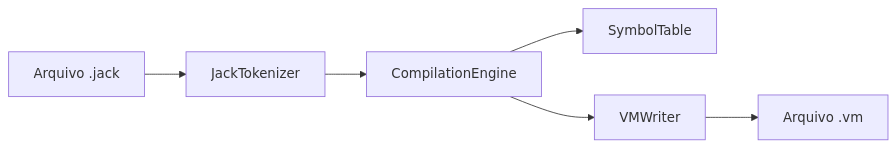
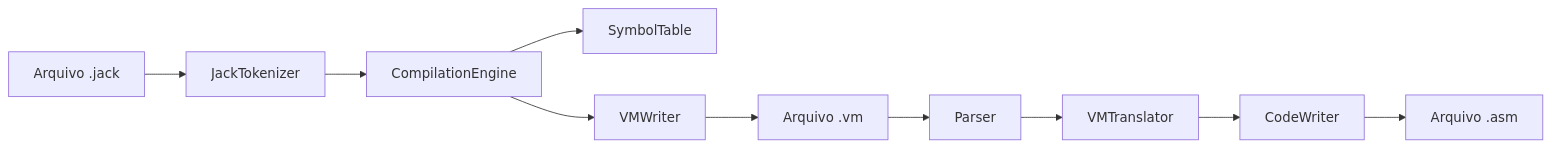
The first of 2 diagrams in README.md (Joao-Ewerton/jack-compiler), drawn with Mermaid before and after one commit. The commit also changed other lines of this file, not shown here.

Commit message:
docs: integra VM Translator ao diagrama da arquitetura geral

````diff
--- a/README.md
+++ b/README.md
@@ -41,8 +41,12 @@
 ```mermaid
 flowchart LR
     A[Arquivo .jack] --> B[JackTokenizer]
     B --> C[CompilationEngine]
     C --> D[SymbolTable]
     C --> E[VMWriter]
     E --> F[Arquivo .vm]
+    F --> G[Parser]
+    G --> H[VMTranslator]
+    H --> I[CodeWriter]
+    I --> J[Arquivo .asm]
 ```
````
